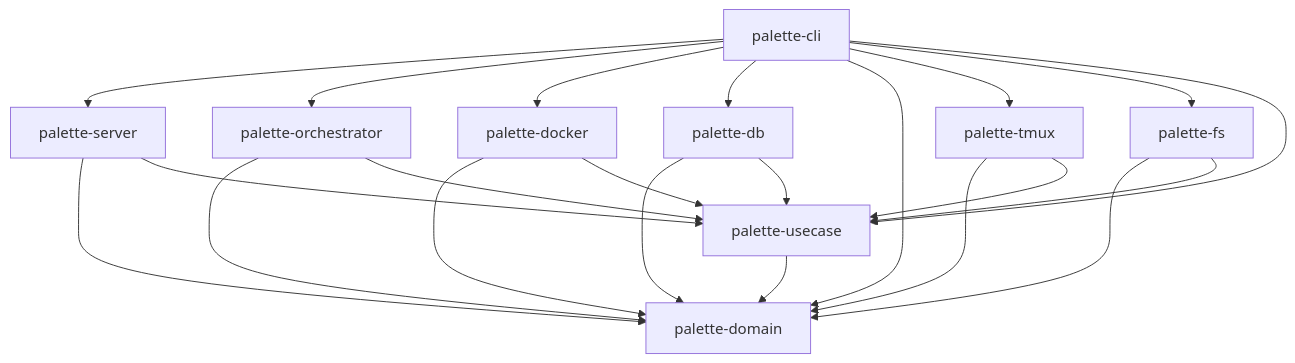
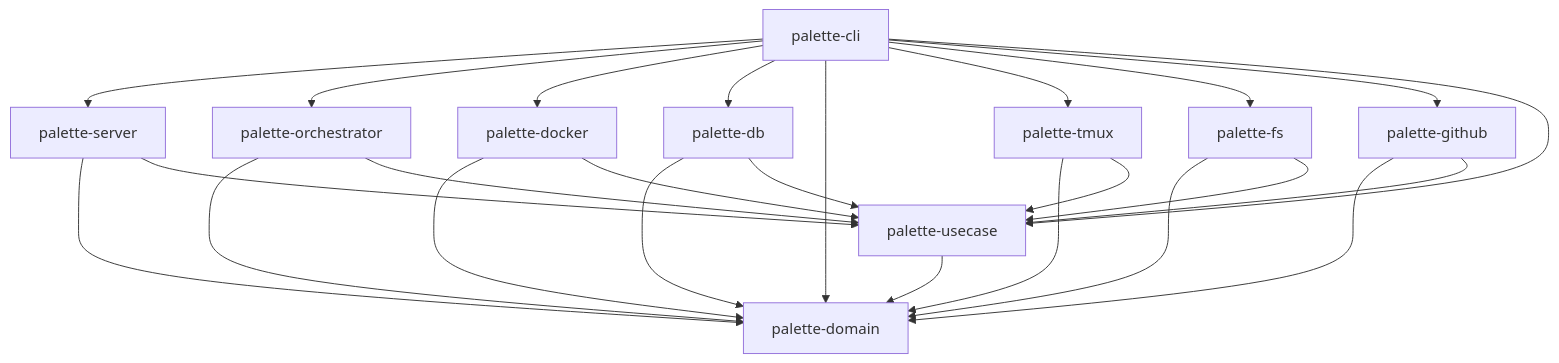
One commit to x7c1/palette changed the diagram in docs/guides/palette-design.md. Above: the diagram before and after it, drawn with Mermaid. The commit also changed other lines of this file and 9 other files, not shown here.

Commit message:
refactor(github): extract GitHub client into palette-github crate (#66)

````diff
--- a/docs/guides/palette-design.md
+++ b/docs/guides/palette-design.md
@@ -17,28 +18,31 @@
 ```mermaid
 graph TD
     cli[palette-cli] --> server[palette-server]
     cli --> orch[palette-orchestrator]
     cli --> docker[palette-docker]
     cli --> db[palette-db]
     cli --> domain[palette-domain]
     cli --> tmux[palette-tmux]
     cli --> fs[palette-fs]
+    cli --> github[palette-github]
     cli --> usecase[palette-usecase]
 
     server --> domain
     server --> usecase
 
     orch --> domain
     orch --> usecase
 
     db --> domain
     db --> usecase
     docker --> domain
     docker --> usecase
     fs --> domain
     fs --> usecase
+    github --> domain
+    github --> usecase
     tmux --> domain
     tmux --> usecase
 
     usecase --> domain
 ```
````
